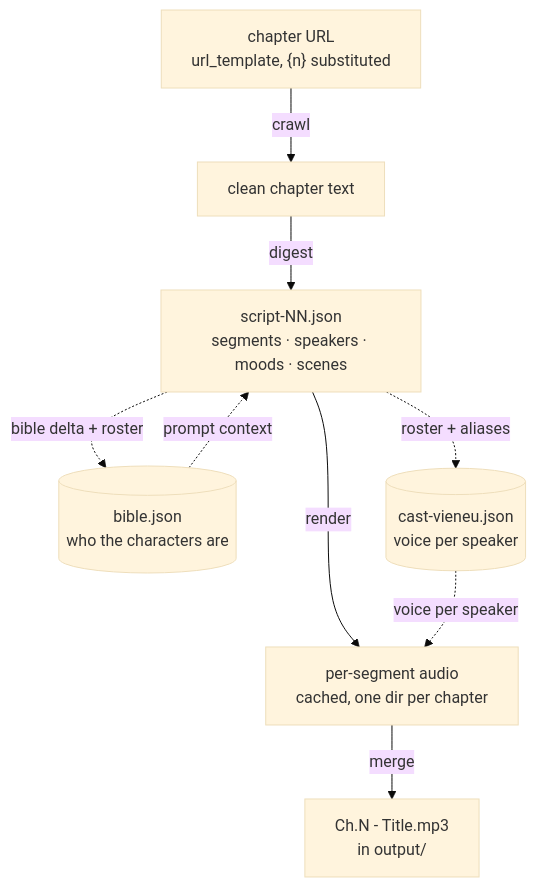
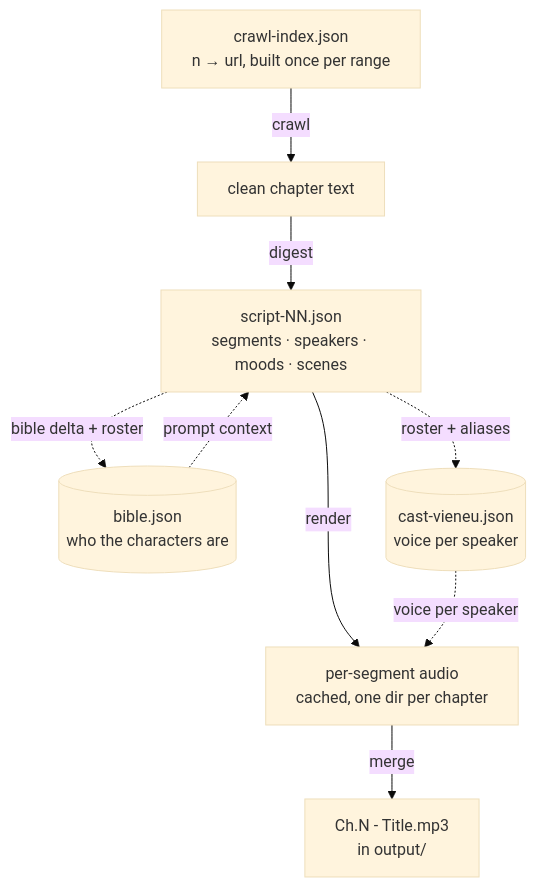
One commit to lhuthng/storycast changed the first of 3 diagrams in README.md. Above: the diagram before and after it, drawn with Mermaid (base theme). The commit also changed other lines of this file and 73 other files, not shown here.

````diff
--- a/README.md
+++ b/README.md
@@ -43,11 +101,11 @@
 ```mermaid
 flowchart TB
-    URL["chapter URL<br/>url_template, {n} substituted"] -->|crawl| TEXT["clean chapter text"]
+    IDX["crawl-index.json<br/>n → url, built once per range"] -->|crawl| TEXT["clean chapter text"]
     TEXT -->|digest| SCRIPT["script-NN.json<br/>segments · speakers · moods · scenes"]
     BIBLE[("bible.json<br/>who the characters are")] -.->|"prompt context"| SCRIPT
     SCRIPT -.->|"bible delta + roster"| BIBLE
     SCRIPT -.->|"roster + aliases"| CAST[("cast-vieneu.json<br/>voice per speaker")]
     SCRIPT -->|render| SEGS["per-segment audio<br/>cached, one dir per chapter"]
     CAST -.->|"voice per speaker"| SEGS
     SEGS -->|merge| OUT["Ch.N - Title.mp3<br/>in output/"]
 ```
````
